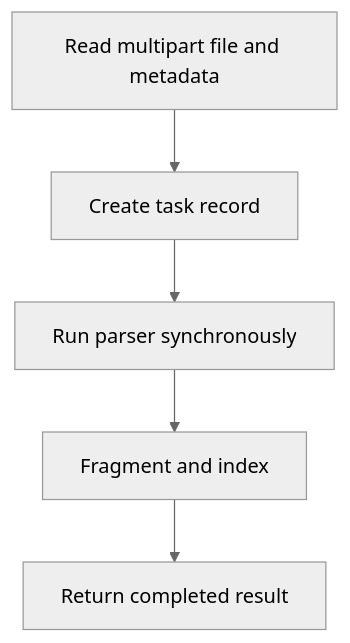
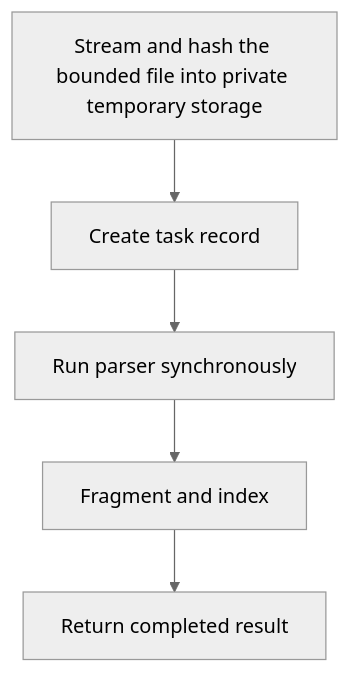
The diagram in doc/api/post_v1_ingest_uploads_sync.md (dickwu/nowledge), drawn with Mermaid (neutral theme) before and after one commit. The commit also changed other lines of this file and 44 other files, not shown here.

````diff
--- a/doc/api/post_v1_ingest_uploads_sync.md
+++ b/doc/api/post_v1_ingest_uploads_sync.md
@@ -19,9 +36,9 @@
 ```mermaid
 flowchart TD
-  n1["Read multipart file and metadata"]
+  n1["Stream and hash the bounded file into private temporary storage"]
   n2["Create task record"]
   n3["Run parser synchronously"]
   n4["Fragment and index"]
   n5["Return completed result"]
   n1 --> n2 --> n3 --> n4 --> n5
 ```
````
